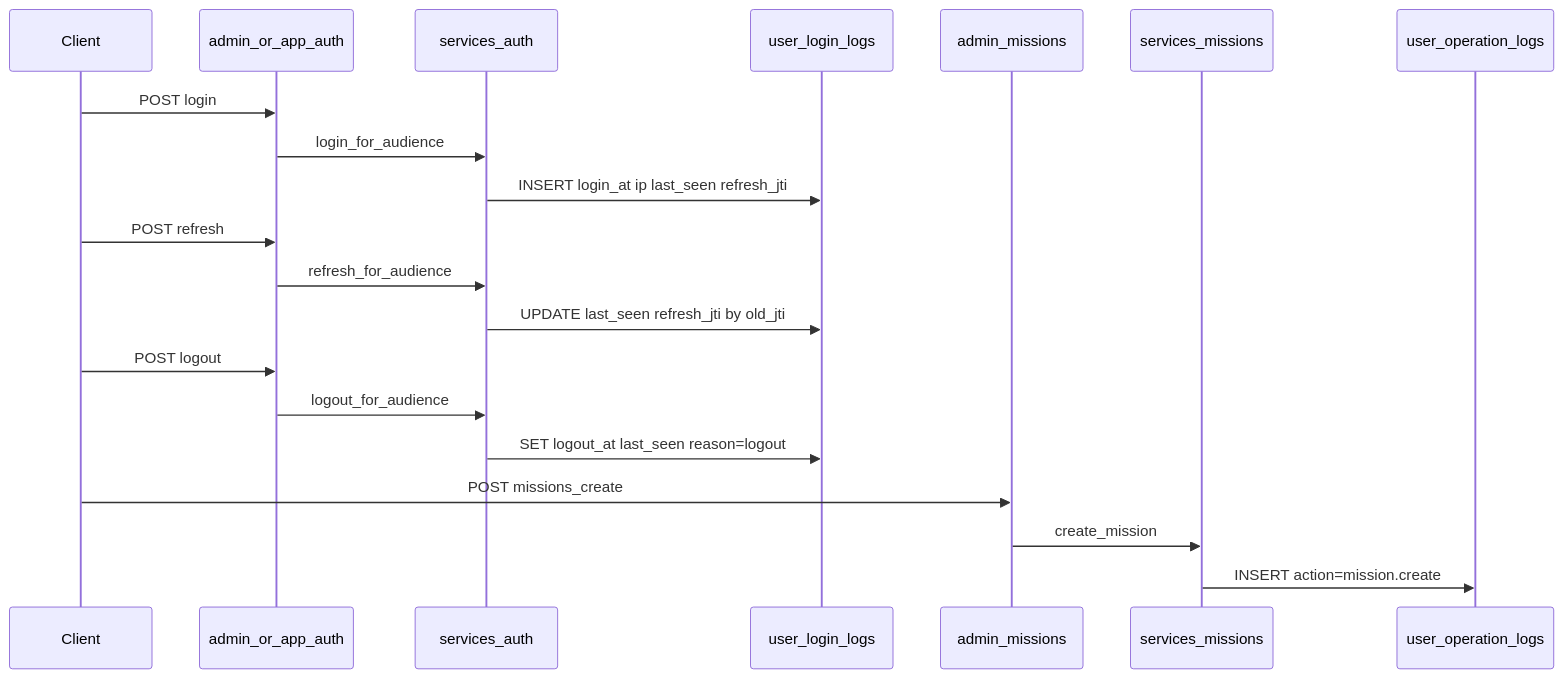
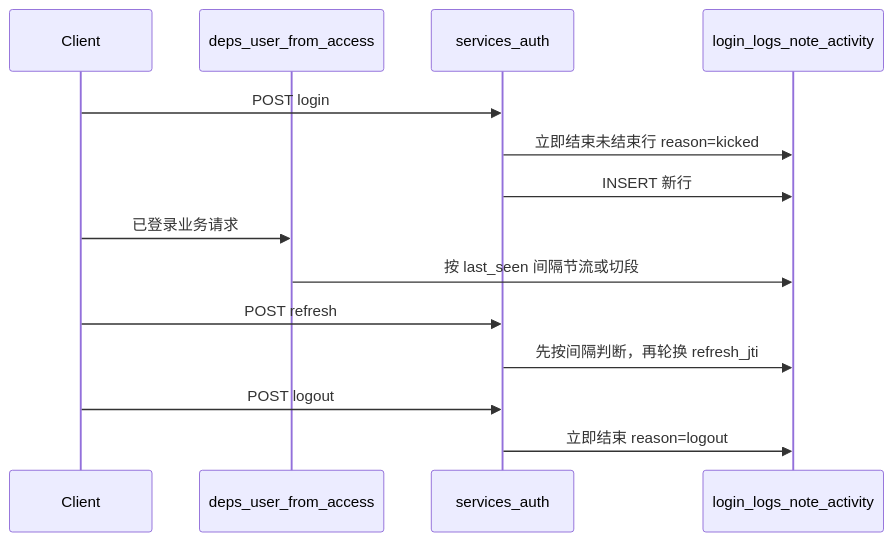
One commit to philliu66/hemu_oversea_fullstack changed the diagram in .cursor/plans/登录与操作日志_41899e40.plan.md. Above: the diagram before and after it, drawn with Mermaid. The commit also changed other lines of this file and 20 other files, not shown here.

````diff
--- a/.cursor/plans/登录与操作日志_41899e40.plan.md
+++ b/.cursor/plans/登录与操作日志_41899e40.plan.md
@@ -36,23 +121,17 @@
 ```mermaid
 sequenceDiagram
   participant Client
-  participant AuthAPI as admin_or_app_auth
+  participant Deps as deps_user_from_access
   participant AuthSvc as services_auth
-  participant LoginLog as user_login_logs
-  participant MissionAPI as admin_missions
-  participant MissionSvc as services_missions
-  participant OpLog as user_operation_logs
+  participant LoginLog as login_logs_note_activity
 
-  Client->>AuthAPI: POST login
-  AuthAPI->>AuthSvc: login_for_audience
-  AuthSvc->>LoginLog: INSERT login_at ip last_seen refresh_jti
-  Client->>AuthAPI: POST refresh
-  AuthAPI->>AuthSvc: refresh_for_audience
-  AuthSvc->>LoginLog: UPDATE last_seen refresh_jti by old_jti
-  Client->>AuthAPI: POST logout
-  AuthAPI->>AuthSvc: logout_for_audience
-  AuthSvc->>LoginLog: SET logout_at last_seen reason=logout
-  Client->>MissionAPI: POST missions_create
-  MissionAPI->>MissionSvc: create_mission
-  MissionSvc->>OpLog: INSERT action=mission.create
+  Client->>AuthSvc: POST login
+  AuthSvc->>LoginLog: 立即结束未结束行 reason=kicked
+  AuthSvc->>LoginLog: INSERT 新行
+  Client->>Deps: 已登录业务请求
+  Deps->>LoginLog: 按 last_seen 间隔节流或切段
+  Client->>AuthSvc: POST refresh
+  AuthSvc->>LoginLog: 先按间隔判断，再轮换 refresh_jti
+  Client->>AuthSvc: POST logout
+  AuthSvc->>LoginLog: 立即结束 reason=logout
 ```
````
